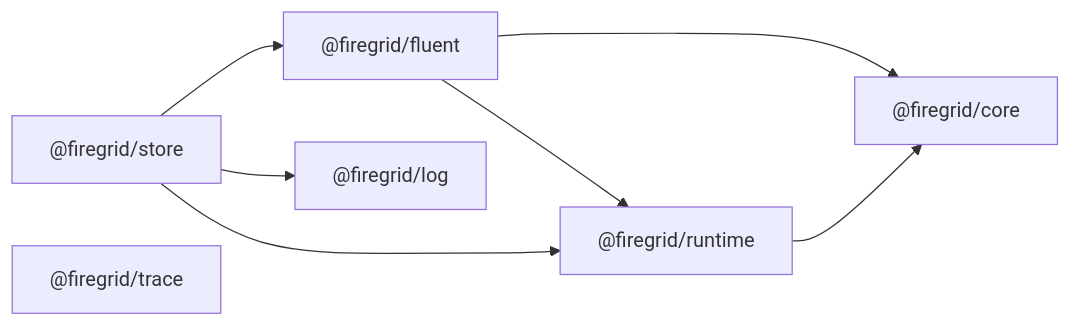
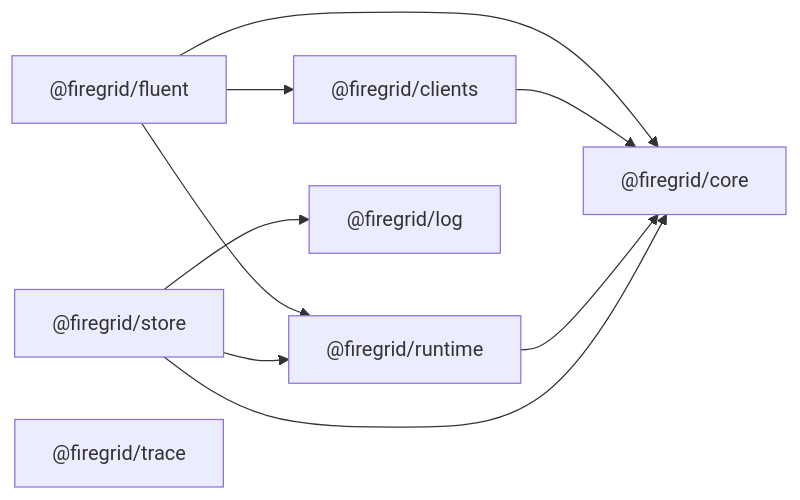
The second of 3 diagrams in docs/dependency-cruiser/current-package-structure.md (gurdasnijor/fluent-firegrid), drawn with Mermaid before and after one commit. The commit also changed other lines of this file and 35 other files, not shown here.

Commit message:
refactor: split clients and core contracts

````diff
--- a/docs/dependency-cruiser/current-package-structure.md
+++ b/docs/dependency-cruiser/current-package-structure.md
@@ -182,17 +188,20 @@
 ```mermaid
 flowchart LR
 
   fluent["@firegrid/fluent"]
+  clients["@firegrid/clients"]
   runtime["@firegrid/runtime"]
   core["@firegrid/core"]
   store["@firegrid/store"]
   log["@firegrid/log"]
   trace["@firegrid/trace"]
 
   fluent --> runtime
+  fluent --> clients
   fluent --> core
+  clients --> core
   runtime --> core
-  store --> fluent
+  store --> core
   store --> log
   store --> runtime
 ```
````
